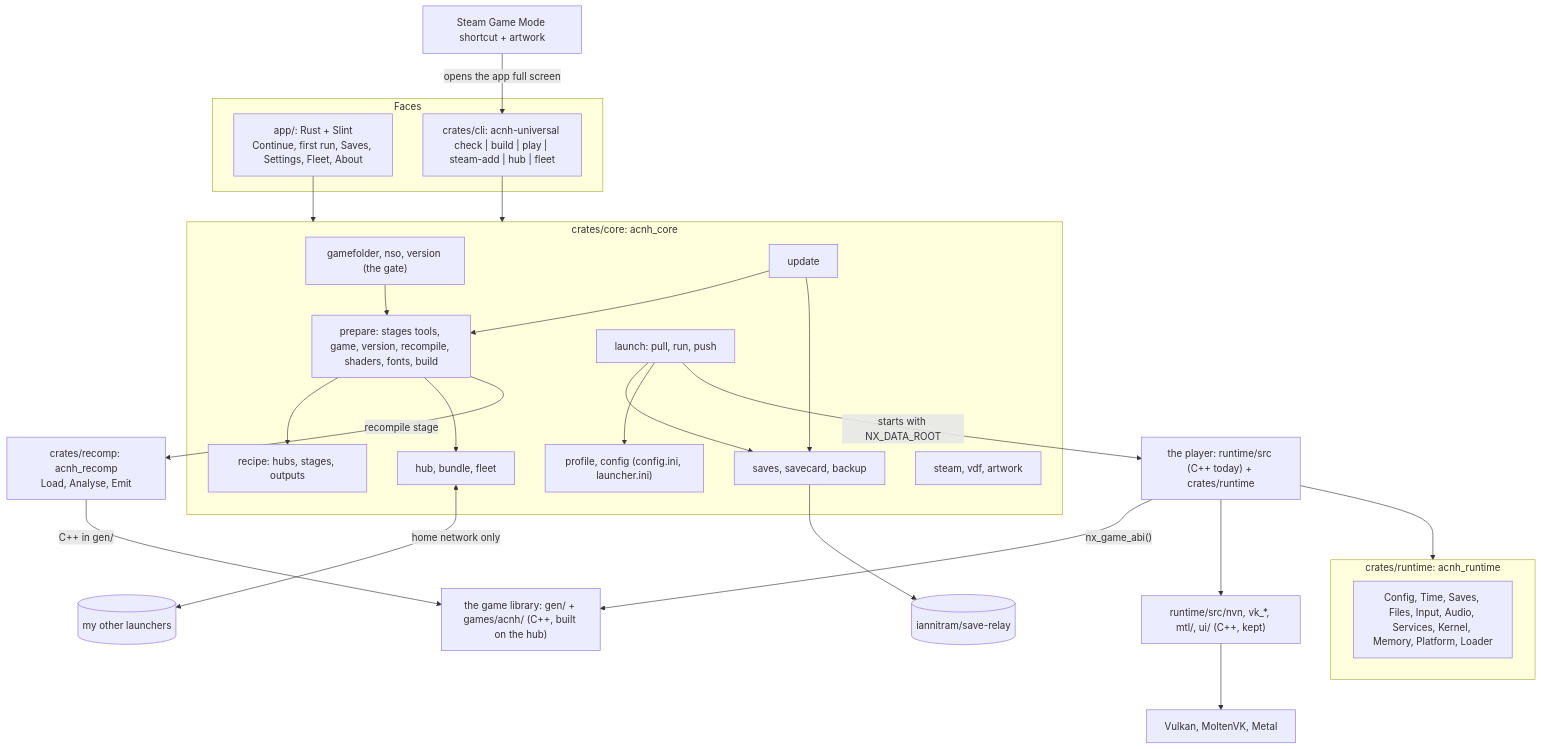
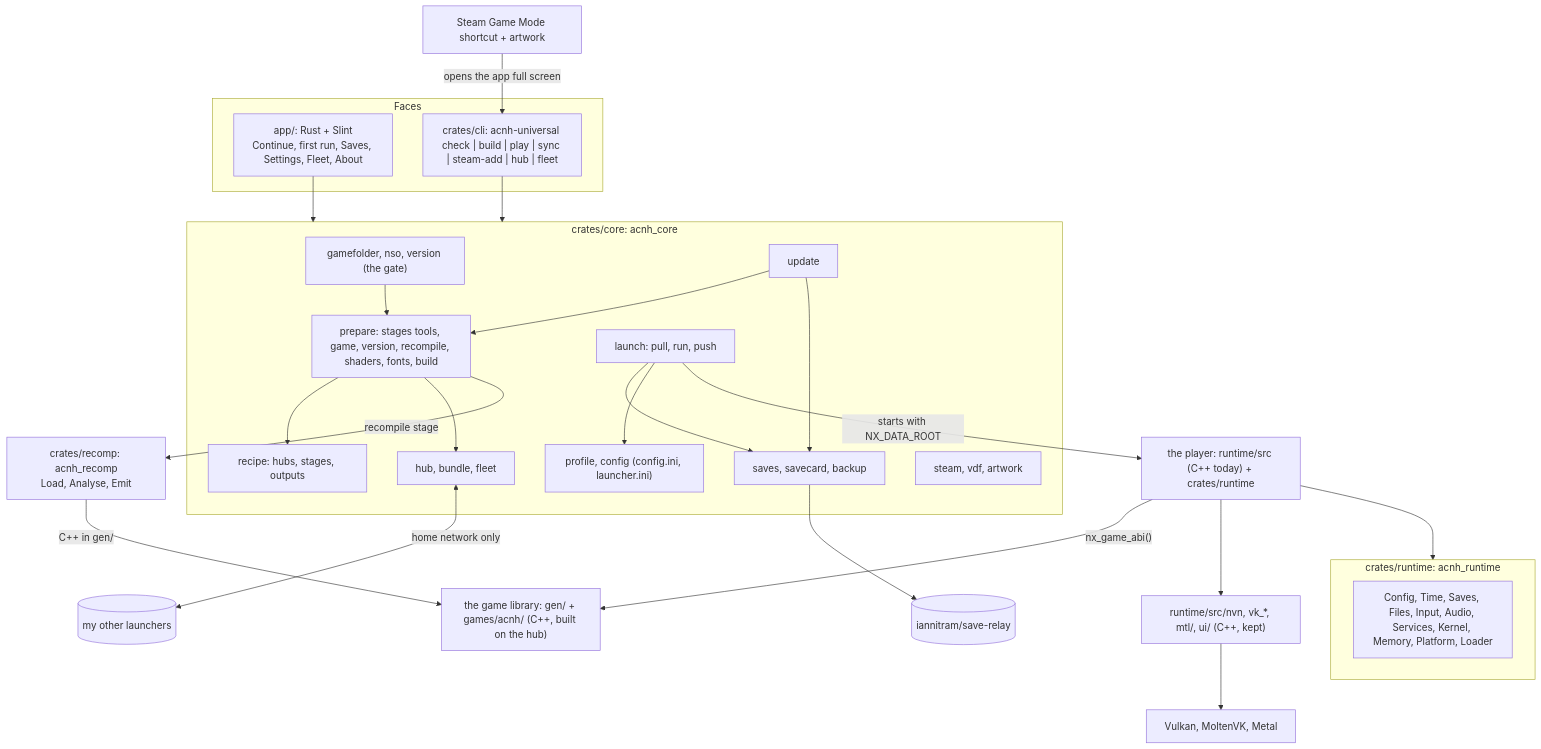
The diagram in docs/code-map.md (iannitram/ACNH-Universal), drawn with Mermaid before and after one commit. The commit also changed other lines of this file and 13 other files, not shown here.

First line of the commit message:
Wire the real save-relay into the app, the CLI and every release build (#164)

````diff
--- a/docs/code-map.md
+++ b/docs/code-map.md
@@ -34,32 +34,32 @@
 ```mermaid
 flowchart TD
     subgraph Faces
       App["app/: Rust + Slint<br/>Continue, first run, Saves, Settings, Fleet, About"]
-      CLI["crates/cli: acnh-universal check | build | play | steam-add | hub | fleet"]
+      CLI["crates/cli: acnh-universal check | build | play | sync | steam-add | hub | fleet"]
     end
     Steam["Steam Game Mode shortcut + artwork"] -->|"opens the app full screen"| CLI
     App --> Core
     CLI --> Core
     subgraph Core["crates/core: acnh_core"]
       Folder["gamefolder, nso, version (the gate)"] --> Prepare["prepare: stages tools, game, version, recompile, shaders, fonts, build"]
       Prepare --> Recipe["recipe: hubs, stages, outputs"]
       Launch["launch: pull, run, push"] --> Saves["saves, savecard, backup"]
       Launch --> Profile["profile, config (config.ini, launcher.ini)"]
       Prepare --> Hub["hub, bundle, fleet"]
       SteamMod["steam, vdf, artwork"]
       Update["update"] --> Prepare
       Update --> Saves
     end
     Prepare -->|"recompile stage"| Recomp["crates/recomp: acnh_recomp<br/>Load, Analyse, Emit"]
     Recomp -->|"C++ in gen/"| GameLib["the game library: gen/ + games/acnh/ (C++, built on the hub)"]
     Launch -->|"starts with NX_DATA_ROOT"| Player["the player: runtime/src (C++ today) + crates/runtime"]
     subgraph Runtime["crates/runtime: acnh_runtime"]
       Svc["Config, Time, Saves, Files, Input, Audio, Services, Kernel, Memory, Platform, Loader"]
     end
     Player --> Runtime
     Player -->|"nx_game_abi()"| GameLib
     Player --> NVN["runtime/src/nvn, vk_*, mtl/, ui/ (C++, kept)"]
     NVN --> VK["Vulkan, MoltenVK, Metal"]
     Saves --> SR[("iannitram/save-relay")]
     Hub <-->|"home network only"| Peers[("my other launchers")]
 ```
````
